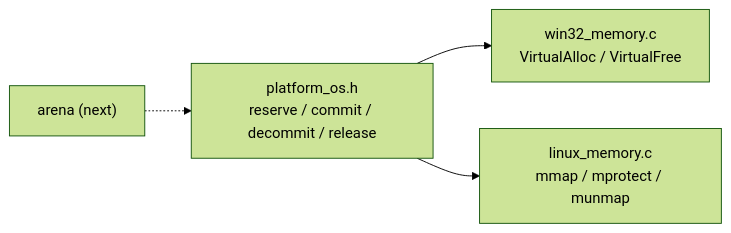
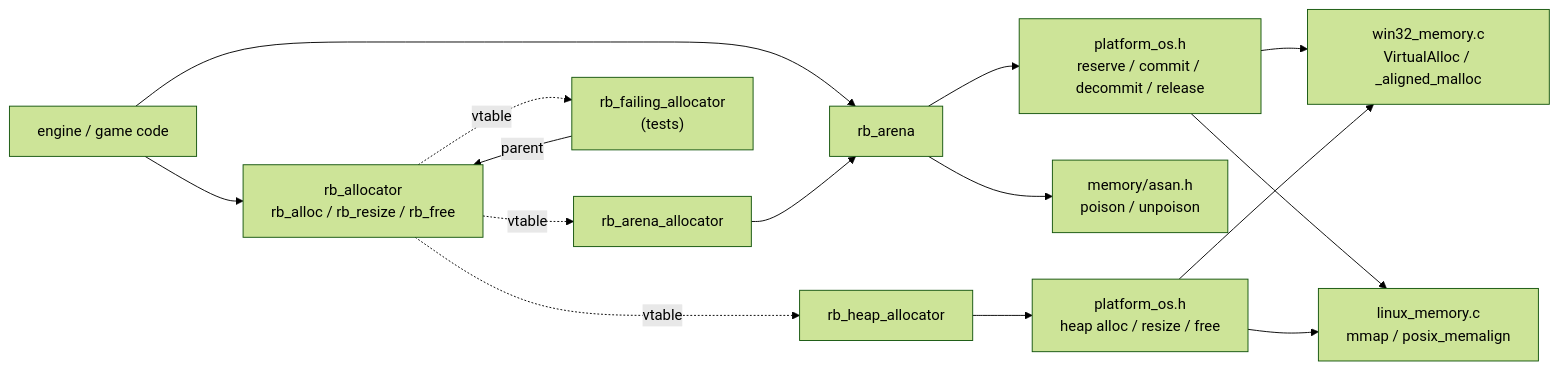
Before and after one commit to aski97/reborn-engine: the diagram in docs/features/memory.md, drawn with Mermaid (forest theme). The commit also changed other lines of this file and 22 other files, not shown here.

First line of the commit message:
feat(memory): add arena, allocator interface and heap allocator

````diff
--- a/docs/features/memory.md
+++ b/docs/features/memory.md
@@ -30,6 +72,17 @@
 ```mermaid
 flowchart LR
-    OS["platform_os.h<br/>reserve / commit / decommit / release"] --> W["win32_memory.c<br/>VirtualAlloc / VirtualFree"]
-    OS --> L["linux_memory.c<br/>mmap / mprotect / munmap"]
-    A["arena (next)"] -.-> OS
+    G["engine / game code"] --> AL["rb_allocator<br/>rb_alloc / rb_resize / rb_free"]
+    G --> AR["rb_arena"]
+    AL -. "vtable" .-> AA["rb_arena_allocator"]
+    AL -. "vtable" .-> HP["rb_heap_allocator"]
+    AL -. "vtable" .-> FA["rb_failing_allocator<br/>(tests)"]
+    FA -- "parent" --> AL
+    AA --> AR
+    AR --> OS["platform_os.h<br/>reserve / commit / decommit / release"]
+    AR --> AS["memory/asan.h<br/>poison / unpoison"]
+    HP --> HO["platform_os.h<br/>heap alloc / resize / free"]
+    OS --> W["win32_memory.c<br/>VirtualAlloc / _aligned_malloc"]
+    HO --> W
+    OS --> L["linux_memory.c<br/>mmap / posix_memalign"]
+    HO --> L
 ```
````
